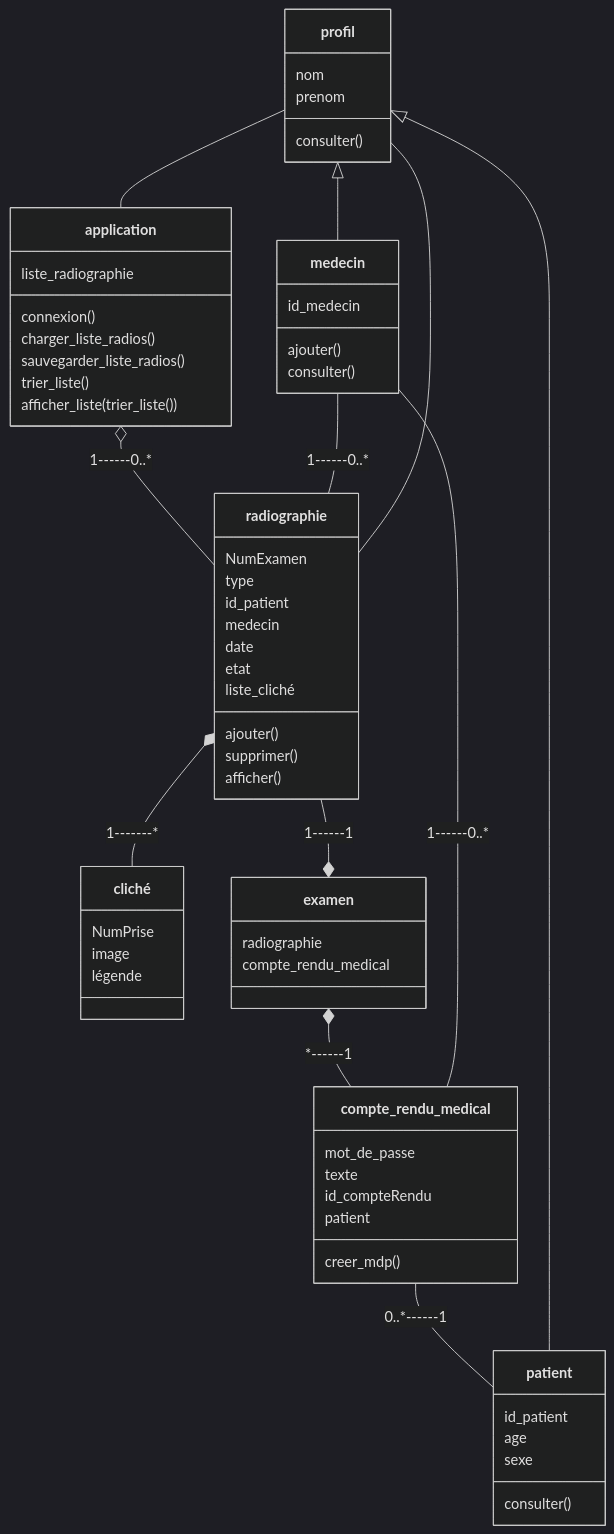
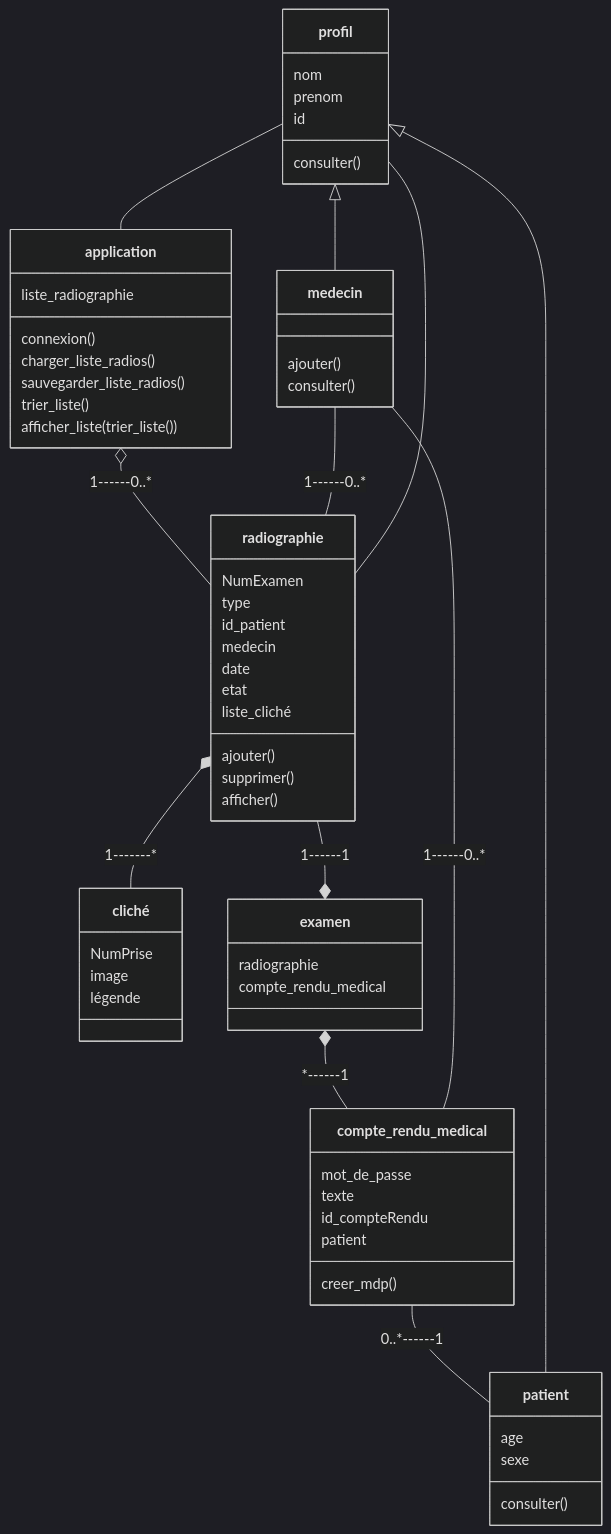
The diagram in README.md (Annewynn/POO_project), drawn with Mermaid (dark theme) before and after one commit. The commit also changed 1 other file, not shown here.

Commit message:
Tout bug c'est nul

````diff
--- a/README.md
+++ b/README.md
@@ -5,58 +5,58 @@
 ```mermaid
 classDiagram
 radiographie *-- cliché : 1-------*
 radiographie --* examen : 1------1
 application o-- radiographie : 1------0..*
 compte_rendu_medical -- patient : 0..*------1
 examen *-- compte_rendu_medical : *------1
 medecin -- compte_rendu_medical : 1------0..*
 medecin -- radiographie : 1------0..*
 profil -- radiographie
 profil <|-- patient
 profil <|-- medecin
 profil -- application
 
 radiographie: NumExamen
 radiographie: type
 radiographie: id_patient
 radiographie: medecin
 radiographie: date
 radiographie: etat
 radiographie: liste_cliché
 radiographie: ajouter()
 radiographie: supprimer()
 radiographie: afficher()
 
 cliché: NumPrise
 cliché: image
 cliché: légende
 
 compte_rendu_medical: mot_de_passe
 compte_rendu_medical: texte
 compte_rendu_medical: id_compteRendu
 compte_rendu_medical: patient
 compte_rendu_medical: creer_mdp()
 
 application: liste_radiographie
 application: connexion()
 application: charger_liste_radios()
 application: sauvegarder_liste_radios()
 application: trier_liste()
 application: afficher_liste(trier_liste())
 
 examen: radiographie
 examen: compte_rendu_medical
 
 profil: nom
 profil: prenom
+profil: id
+
 profil: consulter()
 
-patient: id_patient
 patient: age
 patient: sexe
 patient: consulter()
 
-medecin: id_medecin
 medecin: ajouter()
 medecin: consulter()
 ```
````
